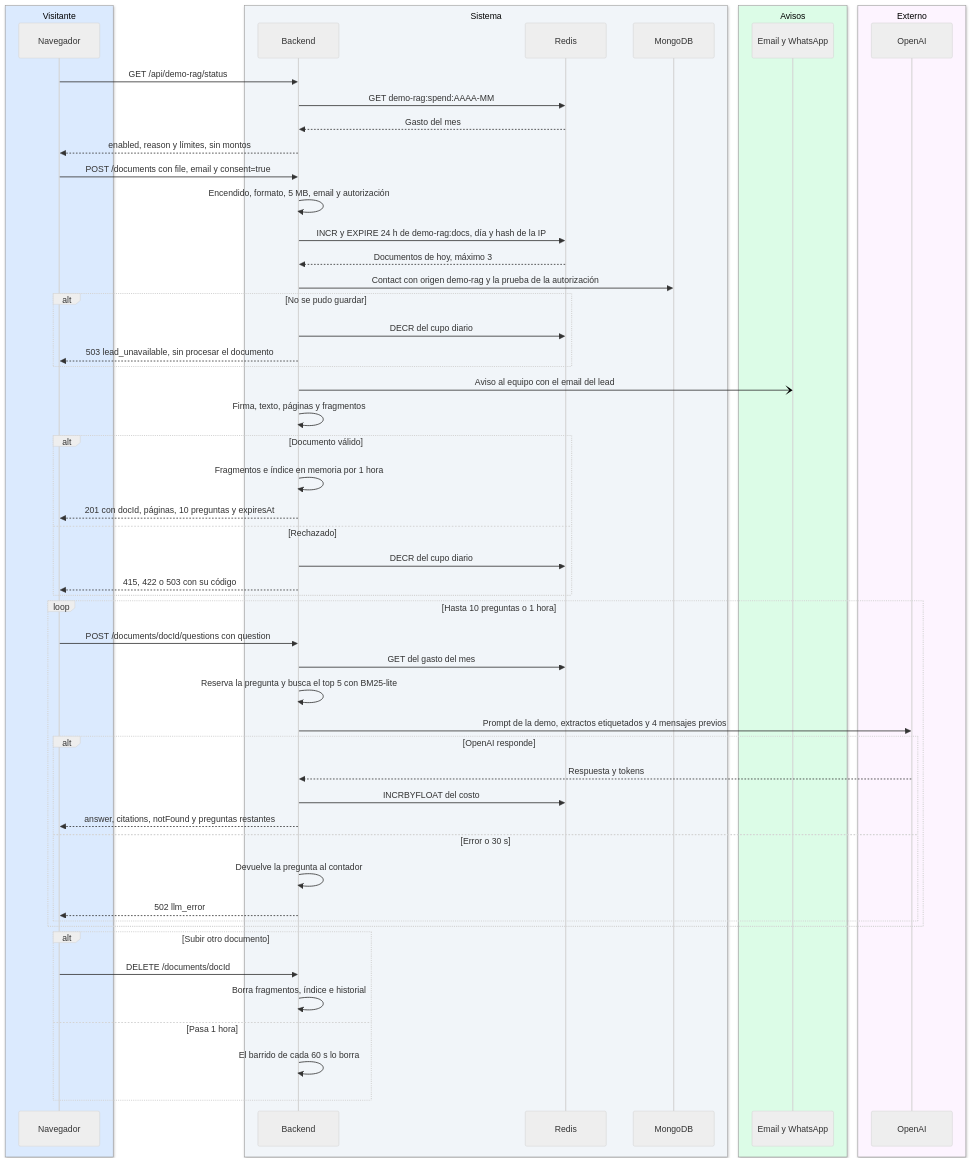
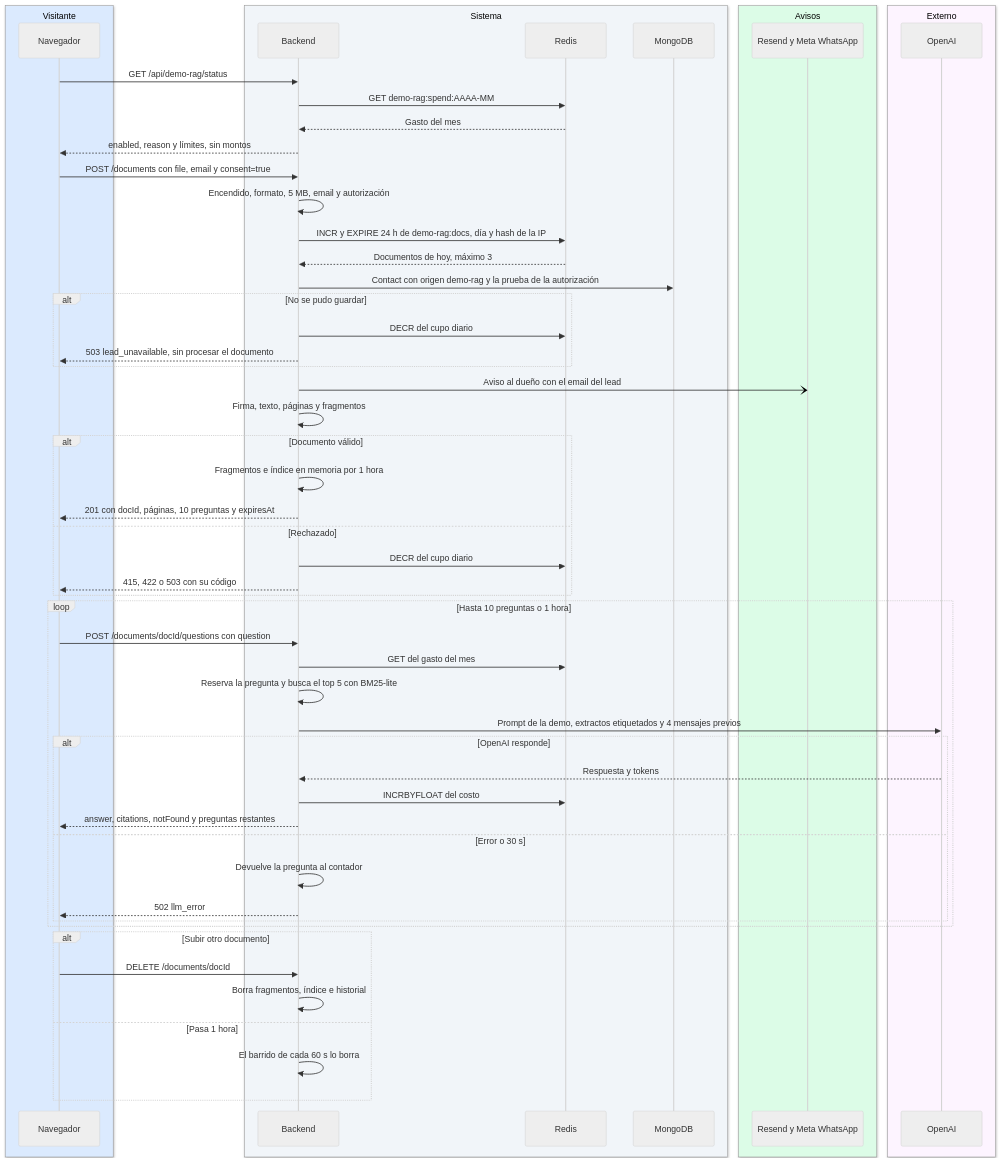
Before and after one commit to ronalc90/koptup: diagram 13 of 26 in docs/wiki/Doc-14-3-Flujos-Tecnicos.md, drawn with Mermaid (neutral theme). The commit also changed other lines of this file and 45 other files, not shown here.

First line of the commit message:
docs(avisos): configuración de Resend y de la plantilla de WhatsApp, operación y wiki

````diff
--- a/docs/wiki/Doc-14-3-Flujos-Tecnicos.md
+++ b/docs/wiki/Doc-14-3-Flujos-Tecnicos.md
@@ -804,59 +807,59 @@
 ```mermaid
 sequenceDiagram
     box rgb(219,234,254) Visitante
         participant N as Navegador
     end
     box rgb(241,245,249) Sistema
         participant B as Backend
         participant R as Redis
         participant M as MongoDB
     end
     box rgb(220,252,231) Avisos
-        participant A as Email y WhatsApp
+        participant A as Resend y Meta WhatsApp
     end
     box rgb(253,244,255) Externo
         participant O as OpenAI
     end
     N->>B: GET /api/demo-rag/status
     B->>R: GET demo-rag:spend:AAAA-MM
     R-->>B: Gasto del mes
     B-->>N: enabled, reason y límites, sin montos
     N->>B: POST /documents con file, email y consent=true
     B->>B: Encendido, formato, 5 MB, email y autorización
     B->>R: INCR y EXPIRE 24 h de demo-rag:docs, día y hash de la IP
     R-->>B: Documentos de hoy, máximo 3
     B->>M: Contact con origen demo-rag y la prueba de la autorización
     alt No se pudo guardar
         B->>R: DECR del cupo diario
         B-->>N: 503 lead_unavailable, sin procesar el documento
     end
-    B-)A: Aviso al equipo con el email del lead
+    B-)A: Aviso al dueño con el email del lead
     B->>B: Firma, texto, páginas y fragmentos
     alt Documento válido
         B->>B: Fragmentos e índice en memoria por 1 hora
         B-->>N: 201 con docId, páginas, 10 preguntas y expiresAt
     else Rechazado
         B->>R: DECR del cupo diario
         B-->>N: 415, 422 o 503 con su código
     end
     loop Hasta 10 preguntas o 1 hora
         N->>B: POST /documents/docId/questions con question
         B->>R: GET del gasto del mes
         B->>B: Reserva la pregunta y busca el top 5 con BM25-lite
         B->>O: Prompt de la demo, extractos etiquetados y 4 mensajes previos
         alt OpenAI responde
             O-->>B: Respuesta y tokens
             B->>R: INCRBYFLOAT del costo
             B-->>N: answer, citations, notFound y preguntas restantes
         else Error o 30 s
             B->>B: Devuelve la pregunta al contador
             B-->>N: 502 llm_error
         end
     end
     alt Subir otro documento
         N->>B: DELETE /documents/docId
         B->>B: Borra fragmentos, índice e historial
     else Pasa 1 hora
         B->>B: El barrido de cada 60 s lo borra
     end
 ```
````
